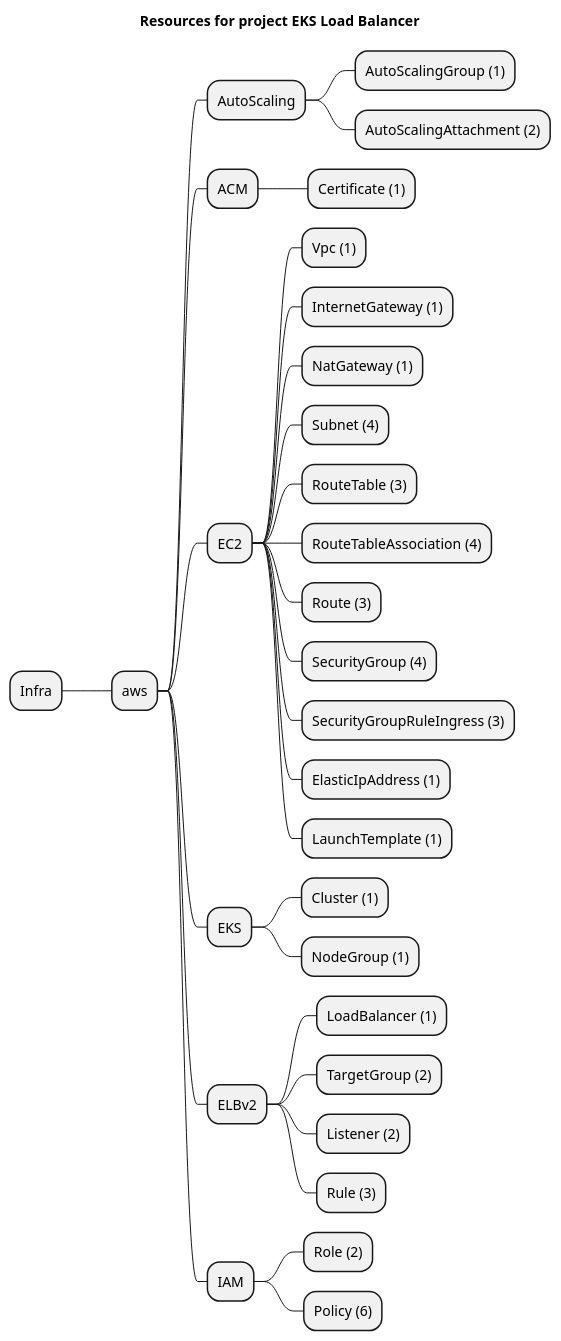
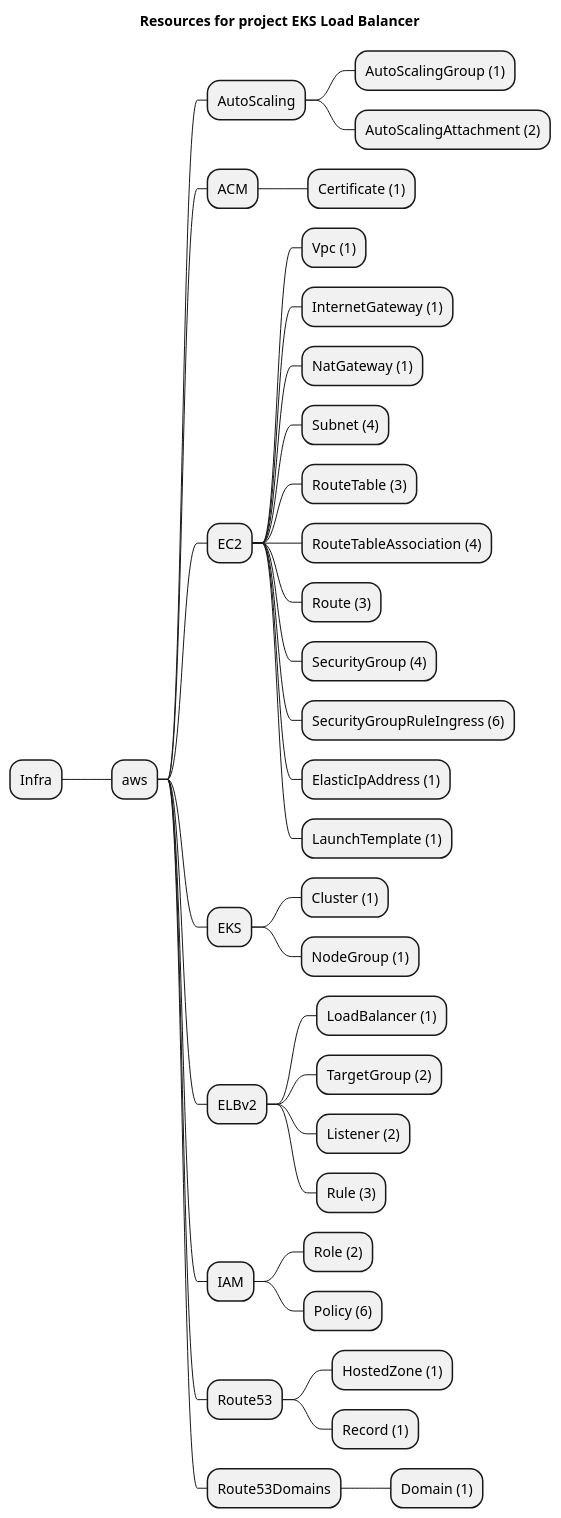
The diagram in examples/aws/EKS/eks-load-balancer/artifacts/resources-mindmap.puml (grucloud/grucloud), drawn with PlantUML before and after one commit. The commit also changed 122 other files, not shown here.

```diff
--- a/examples/aws/EKS/eks-load-balancer/artifacts/resources-mindmap.puml
+++ b/examples/aws/EKS/eks-load-balancer/artifacts/resources-mindmap.puml
@@ -1,34 +1,39 @@
 @startmindmap
 title Resources for project EKS Load Balancer
 skinparam monochrome true
 + Infra
 ++ aws
 +++ AutoScaling
 ++++ AutoScalingGroup (1)
 ++++ AutoScalingAttachment (2)
 +++ ACM
 ++++ Certificate (1)
 +++ EC2
 ++++ Vpc (1)
 ++++ InternetGateway (1)
 ++++ NatGateway (1)
 ++++ Subnet (4)
 ++++ RouteTable (3)
 ++++ RouteTableAssociation (4)
 ++++ Route (3)
 ++++ SecurityGroup (4)
-++++ SecurityGroupRuleIngress (3)
+++++ SecurityGroupRuleIngress (6)
 ++++ ElasticIpAddress (1)
 ++++ LaunchTemplate (1)
 +++ EKS
 ++++ Cluster (1)
 ++++ NodeGroup (1)
 +++ ELBv2
 ++++ LoadBalancer (1)
 ++++ TargetGroup (2)
 ++++ Listener (2)
 ++++ Rule (3)
 +++ IAM
 ++++ Role (2)
 ++++ Policy (6)
++++ Route53
+++++ HostedZone (1)
+++++ Record (1)
++++ Route53Domains
+++++ Domain (1)
 @endmindmap
```
